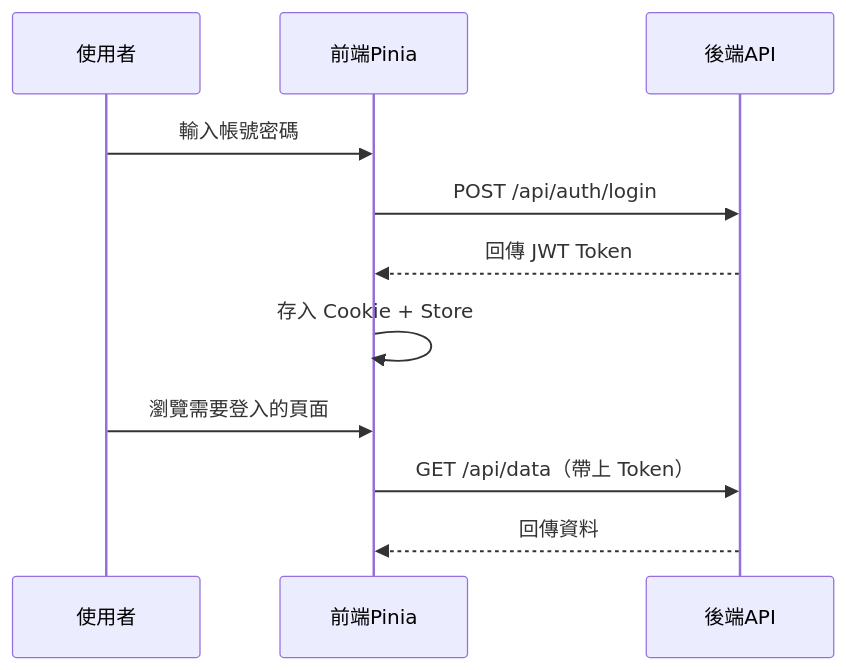
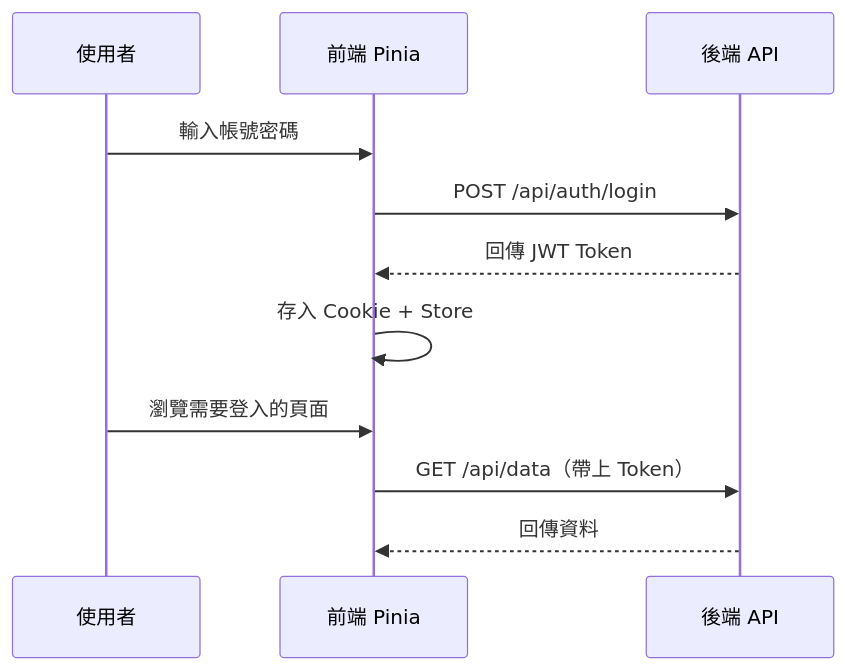
The diagram in src/content/posts/nuxt3-jwt-pinia-auth.md (happyloa/Personal-Blog), drawn with Mermaid before and after one commit. The commit also changed 13 other files, not shown here.

Commit message:
修整文章格式與 Mermaid 圖表

````diff
--- a/src/content/posts/nuxt3-jwt-pinia-auth.md
+++ b/src/content/posts/nuxt3-jwt-pinia-auth.md
@@ -23,14 +23,14 @@
 ```mermaid
 sequenceDiagram
-    participant 使用者
-    participant 前端Pinia
-    participant 後端API
+    participant User as 使用者
+    participant Frontend as 前端 Pinia
+    participant API as 後端 API
 
-    使用者->>前端Pinia: 輸入帳號密碼
-    前端Pinia->>後端API: POST /api/auth/login
-    後端API-->>前端Pinia: 回傳 JWT Token
-    前端Pinia->>前端Pinia: 存入 Cookie + Store
-    使用者->>前端Pinia: 瀏覽需要登入的頁面
-    前端Pinia->>後端API: GET /api/data（帶上 Token）
-    後端API-->>前端Pinia: 回傳資料
+    User->>Frontend: 輸入帳號密碼
+    Frontend->>API: POST /api/auth/login
+    API-->>Frontend: 回傳 JWT Token
+    Frontend->>Frontend: 存入 Cookie + Store
+    User->>Frontend: 瀏覽需要登入的頁面
+    Frontend->>API: GET /api/data（帶上 Token）
+    API-->>Frontend: 回傳資料
 ```
````
